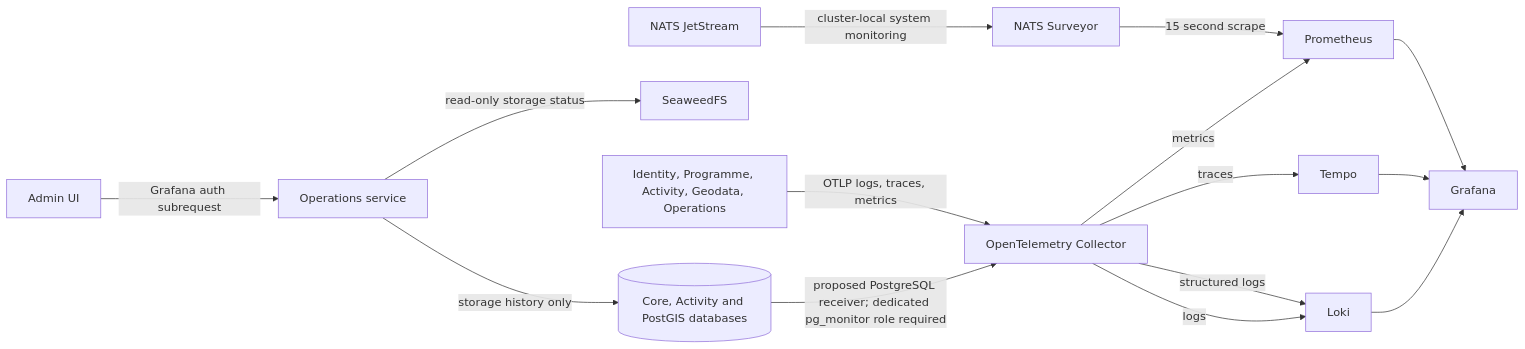
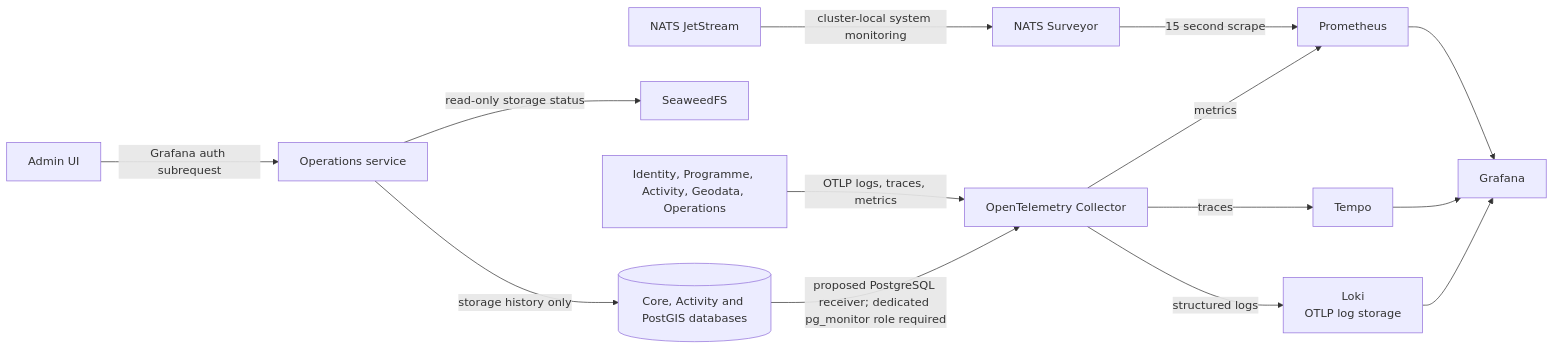
One commit to myota-platform/myota-docs changed the diagram in docs/architecture/diagrams/observability-architecture.md. Above: the diagram before and after it, drawn with Mermaid.

Commit message:
Deduplicate Loki node and log flow

````diff
--- a/docs/architecture/diagrams/observability-architecture.md
+++ b/docs/architecture/diagrams/observability-architecture.md
@@ -3,30 +3,28 @@
 ```mermaid
 flowchart LR
   UI[Admin UI]
   Ops[Operations service]
   DB[(Core, Activity and PostGIS databases)]
   SW[SeaweedFS]
   NATS[NATS JetStream]
   Surveyor[NATS Surveyor]
   Prom[Prometheus]
   Tempo[Tempo]
-  Loki[Loki\\nOTLP log storage]
-  Loki[Loki]
+  Loki[Loki\nOTLP log storage]
   Collector[OpenTelemetry Collector]
   Services[Identity, Programme, Activity, Geodata, Operations]
   Grafana[Grafana]
   UI -->|Grafana auth subrequest| Ops
   Ops -->|read-only storage status| SW
   Ops -->|storage history only| DB
   NATS -->|cluster-local system monitoring| Surveyor
   Surveyor -->|15 second scrape| Prom
   Services -->|OTLP logs, traces, metrics| Collector
   Collector -->|metrics| Prom
   Collector -->|traces| Tempo
   Collector -->|structured logs| Loki
-  Collector -->|logs| Loki
   Prom --> Grafana
   Tempo --> Grafana
   Loki --> Grafana
   DB -->|proposed PostgreSQL receiver; dedicated pg_monitor role required| Collector
 ```
````
